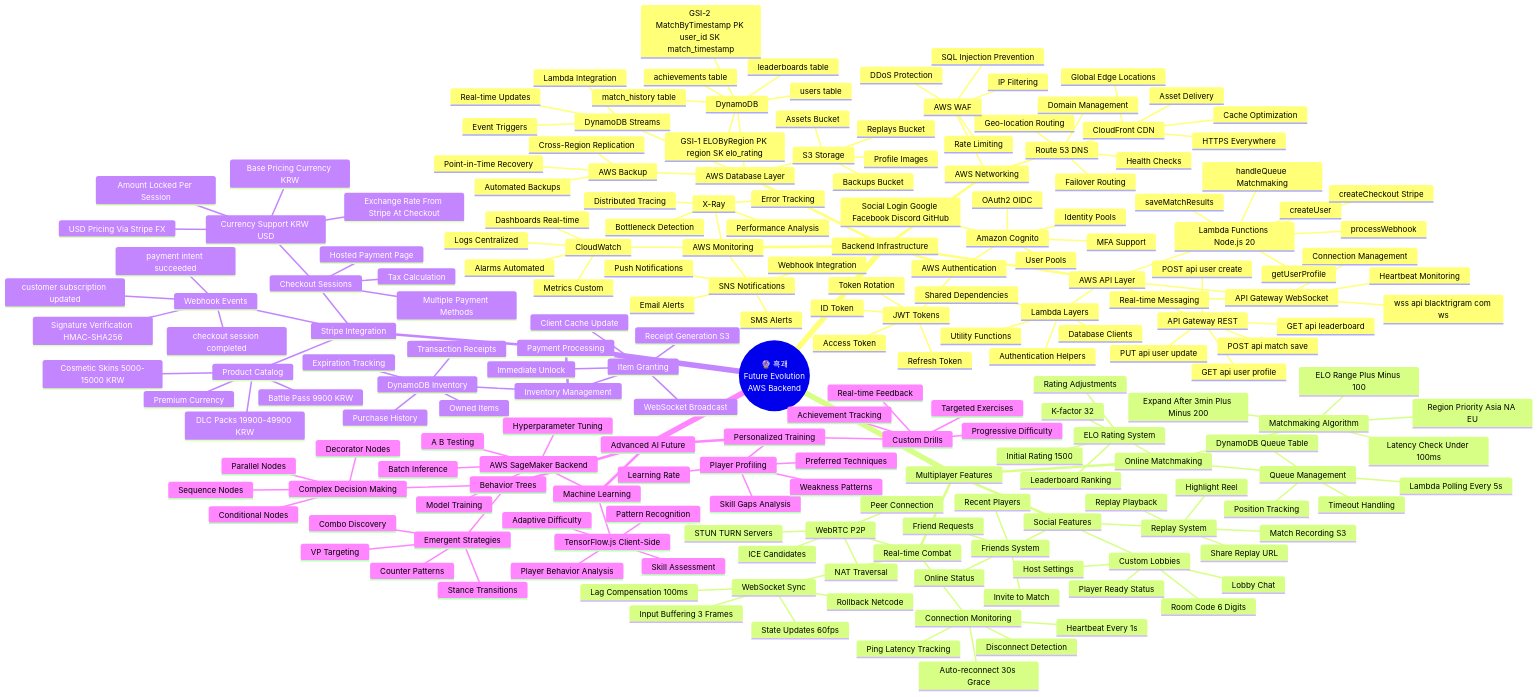
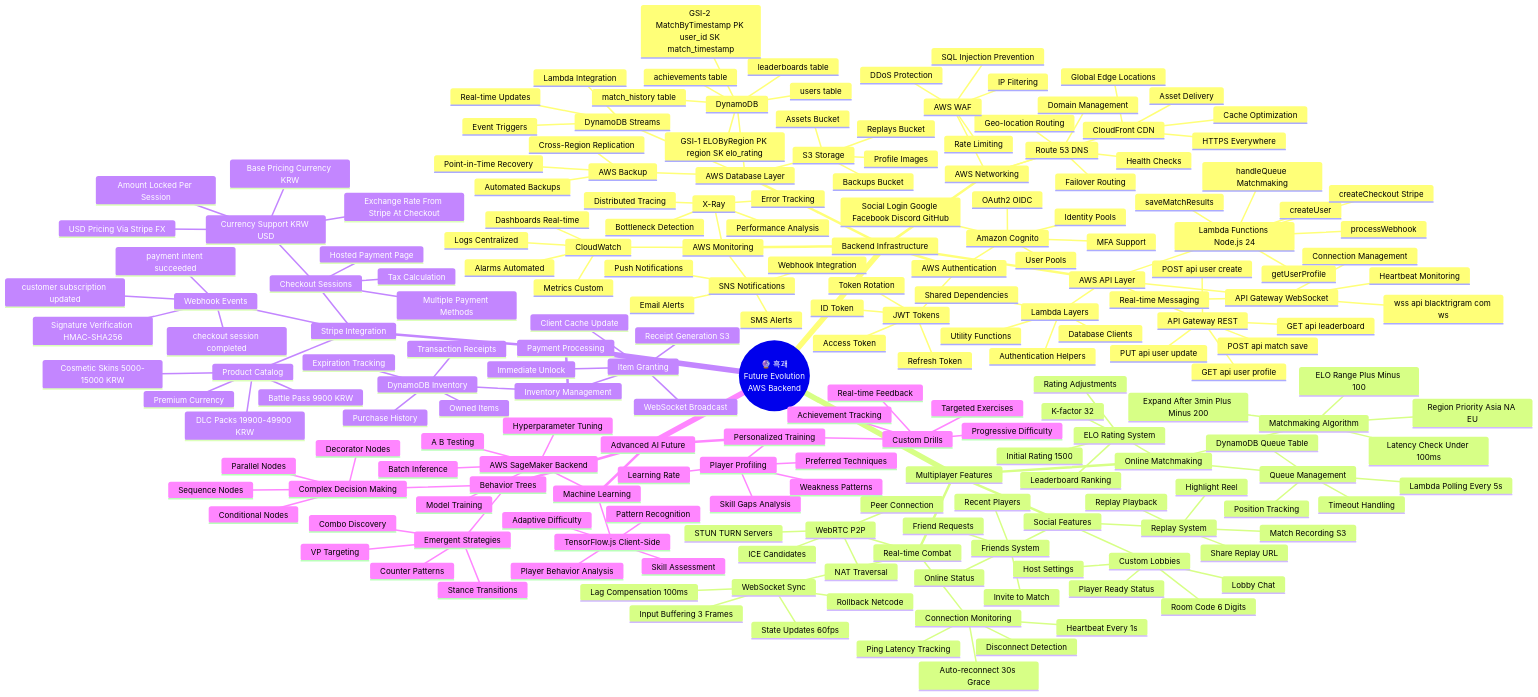
Before and after one commit to Hack23/blacktrigram: the first of 4 diagrams in FUTURE_MINDMAP.md, drawn with Mermaid. The commit also changed 6 other files, not shown here.

```diff
--- a/FUTURE_MINDMAP.md
+++ b/FUTURE_MINDMAP.md
@@ -68,7 +68,7 @@
           Connection Management
           Real-time Messaging
           Heartbeat Monitoring
-        Lambda Functions Node.js 20
+        Lambda Functions Node.js 24
           getUserProfile
           createUser
           saveMatchResults
```
